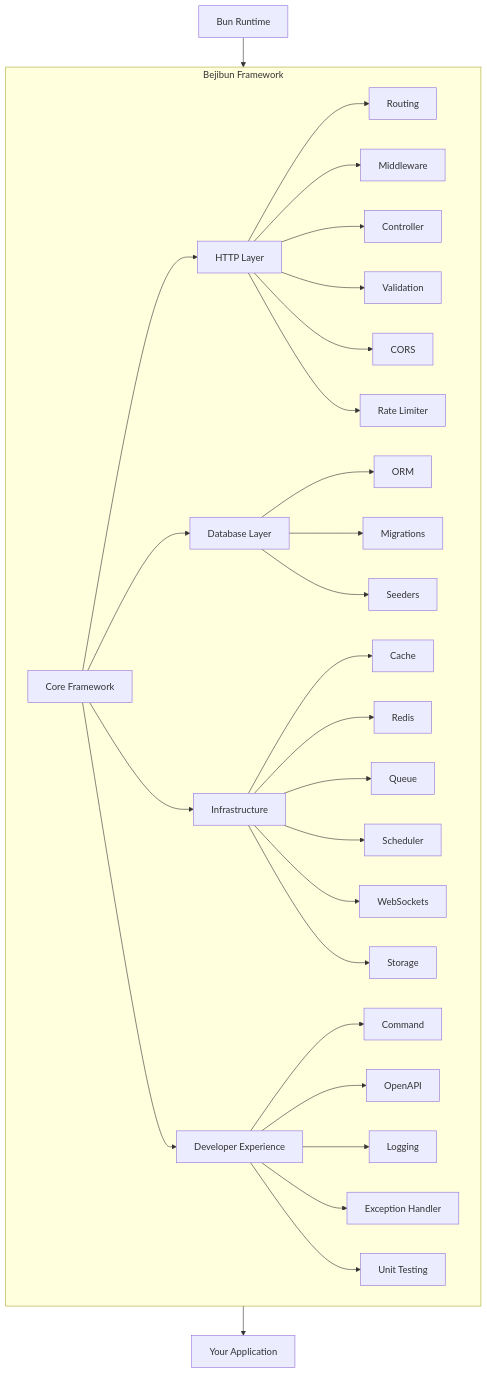
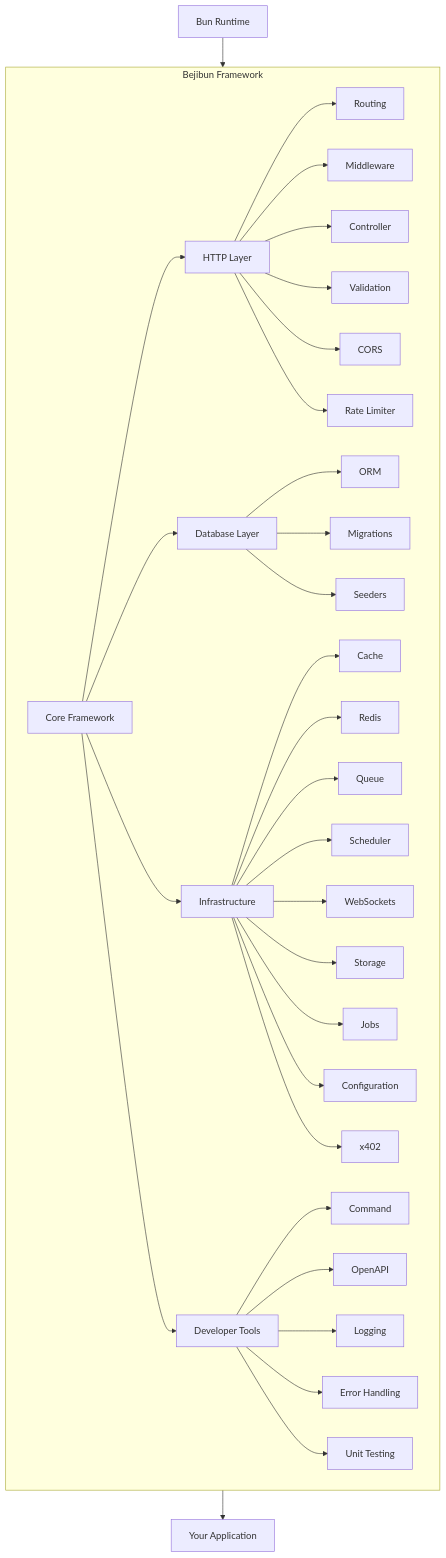
One commit to Bejibun-Framework/bejibun-docs changed the diagram in guides/introduction/why-bejibun.mdx. Above: the diagram before and after it, drawn with Mermaid. The commit also changed 3 other files, not shown here.

````diff
--- a/guides/introduction/why-bejibun.mdx
+++ b/guides/introduction/why-bejibun.mdx
@@ -337,47 +337,50 @@
 ```mermaid
 flowchart TB
     Bun["Bun Runtime"]
 
     subgraph Bejibun["Bejibun Framework"]
         Core["Core Framework"]
 
         HTTP["HTTP Layer"]
         Database["Database Layer"]
         Infrastructure["Infrastructure"]
-        Developer["Developer Experience"]
+        Tooling["Developer Tools"]
 
         Core --> HTTP
         Core --> Database
         Core --> Infrastructure
-        Core --> Developer
+        Core --> Tooling
 
         HTTP --> Routing["Routing"]
         HTTP --> Middleware["Middleware"]
         HTTP --> Controller["Controller"]
         HTTP --> Validation["Validation"]
         HTTP --> CORS["CORS"]
         HTTP --> RateLimiter["Rate Limiter"]
 
         Database --> ORM["ORM"]
         Database --> Migrations["Migrations"]
         Database --> Seeders["Seeders"]
 
         Infrastructure --> Cache["Cache"]
         Infrastructure --> Redis["Redis"]
         Infrastructure --> Queue["Queue"]
         Infrastructure --> Scheduler["Scheduler"]
         Infrastructure --> WebSockets["WebSockets"]
         Infrastructure --> Storage["Storage"]
+        Infrastructure --> Jobs["Jobs"]
+        Infrastructure --> Configuration["Configuration"]
+        Infrastructure --> X402["x402"]
 
-        Developer --> Command["Command"]
-        Developer --> OpenAPI["OpenAPI"]
-        Developer --> Logging["Logging"]
-        Developer --> ExceptionHandler["Exception Handler"]
-        Developer --> UnitTesting["Unit Testing"]
+        Tooling --> Command["Command"]
+        Tooling --> OpenAPI["OpenAPI"]
+        Tooling --> Logging["Logging"]
+        Tooling --> ErrorHandling["Error Handling"]
+        Tooling --> UnitTesting["Unit Testing"]
     end
 
     App["Your Application"]
 
     Bun --> Bejibun
     Bejibun --> App
 ```
````
